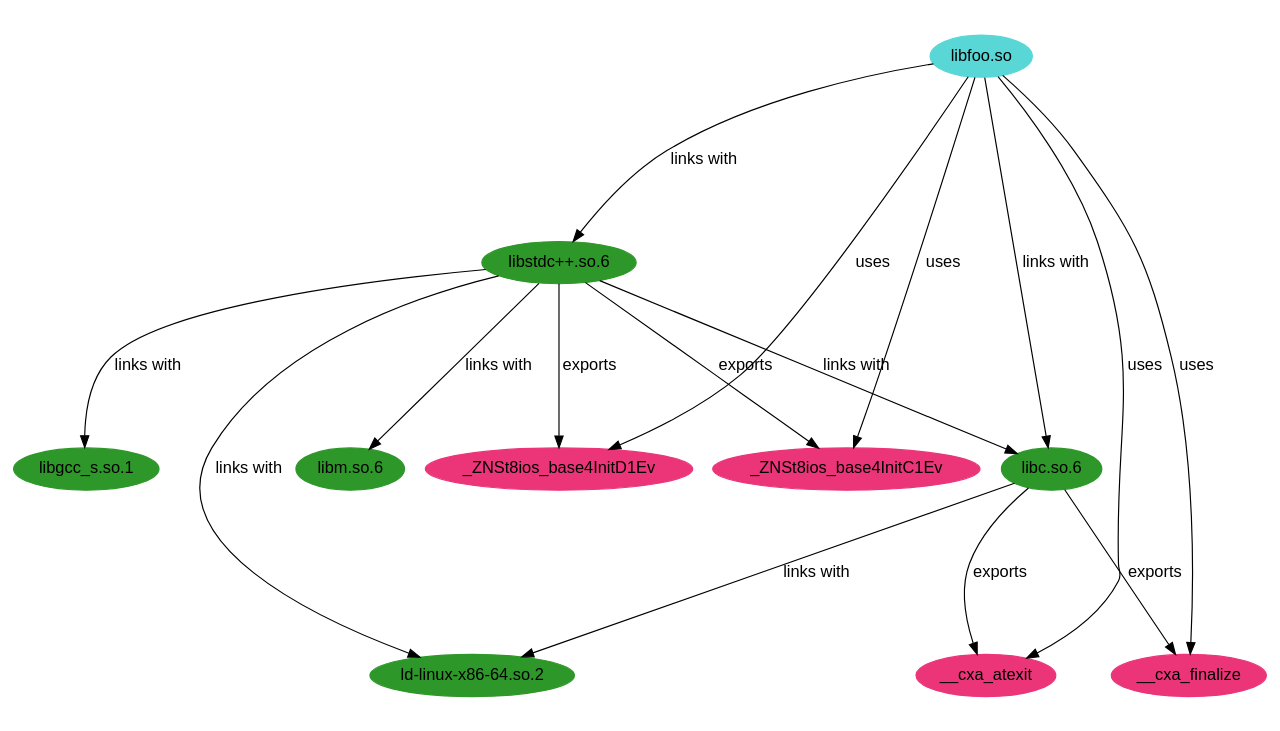
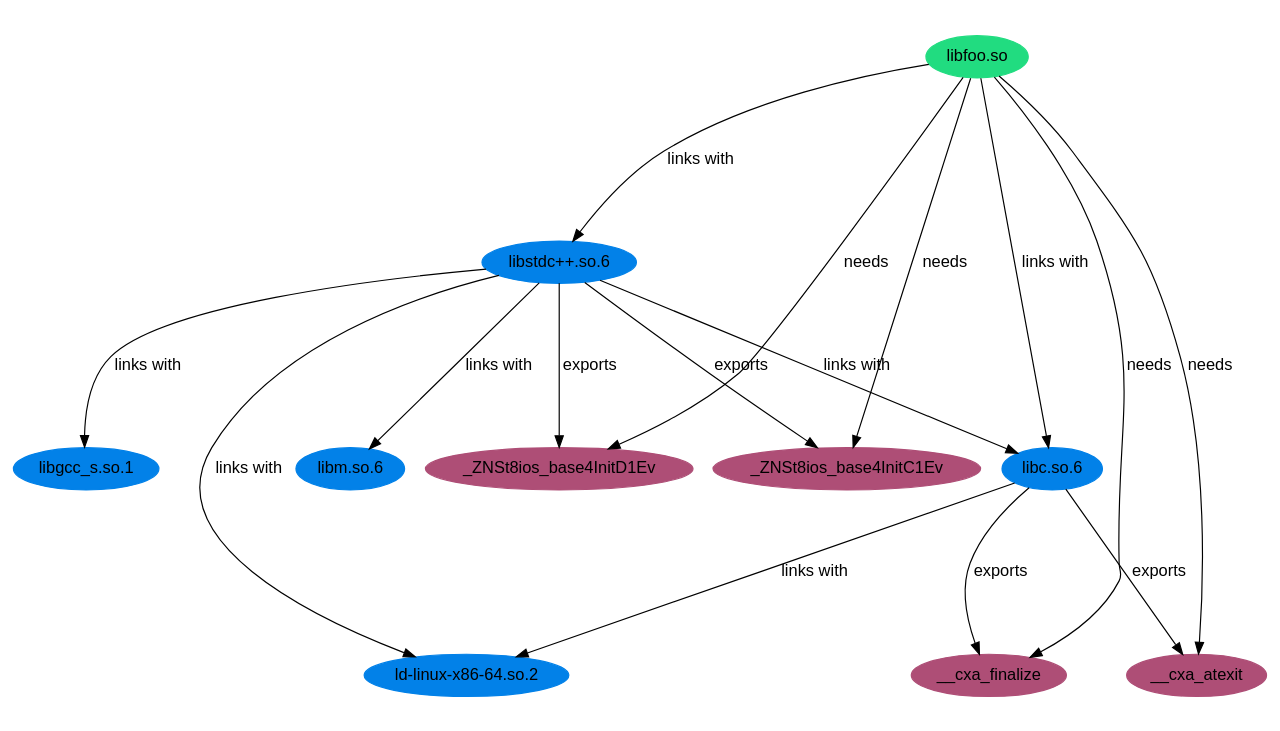
Before and after one commit to vsoch/elfcall: the diagram in data/examples/dot/graph.dot, drawn with Graphviz. The commit also changed 6 other files, not shown here.

```diff
--- a/data/examples/dot/graph.dot
+++ b/data/examples/dot/graph.dot
@@ -1,32 +1,32 @@
 digraph linked_libs {
  ratio=0.562;
  graph [fontname="Arial"];
  node [fontname="Arial"];
  edge [fontname="Arial"];
- yslewdvy [label="libfoo.so" tooltip="libfoo.so", style=filled, color="#58D7D6"];
- lxydubee [label="libstdc++.so.6" tooltip="libstdc++.so.6", style=filled, color="#2E9729"];
- krrqrynl [label="libm.so.6" tooltip="libm.so.6", style=filled, color="#2E9729"];
- spkgayzz [label="libc.so.6" tooltip="libc.so.6", style=filled, color="#2E9729"];
- baehyaiw [label="ld-linux-x86-64.so.2" tooltip="ld-linux-x86-64.so.2", style=filled, color="#2E9729"];
- zpdqnnzy [label="libgcc_s.so.1" tooltip="libgcc_s.so.1", style=filled, color="#2E9729"];
- hgqlvswl [label="_ZNSt8ios_base4InitC1Ev" tooltip="_ZNSt8ios_base4InitC1Ev (FUNC)", style=filled, color="#EB3578"];
- vumtdmjd [label="__cxa_finalize" tooltip="__cxa_finalize (FUNC)", style=filled, color="#EB3578"];
- foynqndx [label="_ZNSt8ios_base4InitD1Ev" tooltip="_ZNSt8ios_base4InitD1Ev (FUNC)", style=filled, color="#EB3578"];
- cklbennb [label="__cxa_atexit" tooltip="__cxa_atexit (FUNC)", style=filled, color="#EB3578"];
- yslewdvy -> lxydubee [label=" links with " tooltip="/home/vanessa/Desktop/Code/elfcall/data/libfoo.so -> /usr/lib/x86_64-linux-gnu/libstdc++.so.6"];
- yslewdvy -> spkgayzz [label=" links with " tooltip="/home/vanessa/Desktop/Code/elfcall/data/libfoo.so -> /lib/x86_64-linux-gnu/libc.so.6"];
- lxydubee -> krrqrynl [label=" links with " tooltip="/usr/lib/x86_64-linux-gnu/libstdc++.so.6 -> libm.so.6"];
- lxydubee -> spkgayzz [label=" links with " tooltip="/usr/lib/x86_64-linux-gnu/libstdc++.so.6 -> /lib/x86_64-linux-gnu/libc.so.6"];
- lxydubee -> baehyaiw [label=" links with " tooltip="/usr/lib/x86_64-linux-gnu/libstdc++.so.6 -> ld-linux-x86-64.so.2"];
- lxydubee -> zpdqnnzy [label=" links with " tooltip="/usr/lib/x86_64-linux-gnu/libstdc++.so.6 -> libgcc_s.so.1"];
- spkgayzz -> baehyaiw [label=" links with " tooltip="/lib/x86_64-linux-gnu/libc.so.6 -> ld-linux-x86-64.so.2"];
- lxydubee -> hgqlvswl [label=" exports " tooltip="/usr/lib/x86_64-linux-gnu/libstdc++.so.6 -> _ZNSt8ios_base4InitC1Ev (hgqlvswl)"];
- lxydubee -> foynqndx [label=" exports " tooltip="/usr/lib/x86_64-linux-gnu/libstdc++.so.6 -> _ZNSt8ios_base4InitD1Ev (foynqndx)"];
- spkgayzz -> vumtdmjd [label=" exports " tooltip="/lib/x86_64-linux-gnu/libc.so.6 -> __cxa_finalize (vumtdmjd)"];
- spkgayzz -> cklbennb [label=" exports " tooltip="/lib/x86_64-linux-gnu/libc.so.6 -> __cxa_atexit (cklbennb)"];
- yslewdvy -> vumtdmjd [label=" uses " tooltip="/home/vanessa/Desktop/Code/elfcall/data/libfoo.so -> __cxa_finalize"];
- yslewdvy -> cklbennb [label=" uses " tooltip="/home/vanessa/Desktop/Code/elfcall/data/libfoo.so -> __cxa_atexit"];
- yslewdvy -> hgqlvswl [label=" uses " tooltip="/home/vanessa/Desktop/Code/elfcall/data/libfoo.so -> _ZNSt8ios_base4InitC1Ev"];
- yslewdvy -> foynqndx [label=" uses " tooltip="/home/vanessa/Desktop/Code/elfcall/data/libfoo.so -> _ZNSt8ios_base4InitD1Ev"];
+ ybnmieot [label="libfoo.so" tooltip="libfoo.so", style=filled, color="#21DC80"];
+ putudnlk [label="libstdc++.so.6" tooltip="libstdc++.so.6", style=filled, color="#0281E8"];
+ miewsdak [label="libm.so.6" tooltip="libm.so.6", style=filled, color="#0281E8"];
+ siwpebpr [label="libc.so.6" tooltip="libc.so.6", style=filled, color="#0281E8"];
+ renlknav [label="ld-linux-x86-64.so.2" tooltip="ld-linux-x86-64.so.2", style=filled, color="#0281E8"];
+ cyzfqace [label="libgcc_s.so.1" tooltip="libgcc_s.so.1", style=filled, color="#0281E8"];
+ kqphdaei [label="__cxa_atexit" tooltip="__cxa_atexit (FUNC)", style=filled, color="#AE4E76"];
+ znpsiubp [label="__cxa_finalize" tooltip="__cxa_finalize (FUNC)", style=filled, color="#AE4E76"];
+ fwyfijdi [label="_ZNSt8ios_base4InitC1Ev" tooltip="_ZNSt8ios_base4InitC1Ev (FUNC)", style=filled, color="#AE4E76"];
+ ugnmnzpq [label="_ZNSt8ios_base4InitD1Ev" tooltip="_ZNSt8ios_base4InitD1Ev (FUNC)", style=filled, color="#AE4E76"];
+ ybnmieot -> putudnlk [label=" links with " tooltip="/home/vanessa/Desktop/Code/elfcall/data/libfoo.so -> /usr/lib/x86_64-linux-gnu/libstdc++.so.6"];
+ ybnmieot -> siwpebpr [label=" links with " tooltip="/home/vanessa/Desktop/Code/elfcall/data/libfoo.so -> /lib/x86_64-linux-gnu/libc.so.6"];
+ putudnlk -> miewsdak [label=" links with " tooltip="/usr/lib/x86_64-linux-gnu/libstdc++.so.6 -> libm.so.6"];
+ putudnlk -> siwpebpr [label=" links with " tooltip="/usr/lib/x86_64-linux-gnu/libstdc++.so.6 -> /lib/x86_64-linux-gnu/libc.so.6"];
+ putudnlk -> renlknav [label=" links with " tooltip="/usr/lib/x86_64-linux-gnu/libstdc++.so.6 -> ld-linux-x86-64.so.2"];
+ putudnlk -> cyzfqace [label=" links with " tooltip="/usr/lib/x86_64-linux-gnu/libstdc++.so.6 -> libgcc_s.so.1"];
+ siwpebpr -> renlknav [label=" links with " tooltip="/lib/x86_64-linux-gnu/libc.so.6 -> ld-linux-x86-64.so.2"];
+ putudnlk -> fwyfijdi [label=" exports " tooltip="/usr/lib/x86_64-linux-gnu/libstdc++.so.6 -> _ZNSt8ios_base4InitC1Ev (fwyfijdi)"];
+ putudnlk -> ugnmnzpq [label=" exports " tooltip="/usr/lib/x86_64-linux-gnu/libstdc++.so.6 -> _ZNSt8ios_base4InitD1Ev (ugnmnzpq)"];
+ siwpebpr -> znpsiubp [label=" exports " tooltip="/lib/x86_64-linux-gnu/libc.so.6 -> __cxa_finalize (znpsiubp)"];
+ siwpebpr -> kqphdaei [label=" exports " tooltip="/lib/x86_64-linux-gnu/libc.so.6 -> __cxa_atexit (kqphdaei)"];
+ ybnmieot -> znpsiubp [label=" needs " tooltip="/home/vanessa/Desktop/Code/elfcall/data/libfoo.so -> __cxa_finalize"];
+ ybnmieot -> kqphdaei [label=" needs " tooltip="/home/vanessa/Desktop/Code/elfcall/data/libfoo.so -> __cxa_atexit"];
+ ybnmieot -> fwyfijdi [label=" needs " tooltip="/home/vanessa/Desktop/Code/elfcall/data/libfoo.so -> _ZNSt8ios_base4InitC1Ev"];
+ ybnmieot -> ugnmnzpq [label=" needs " tooltip="/home/vanessa/Desktop/Code/elfcall/data/libfoo.so -> _ZNSt8ios_base4InitD1Ev"];
 
 }
```
